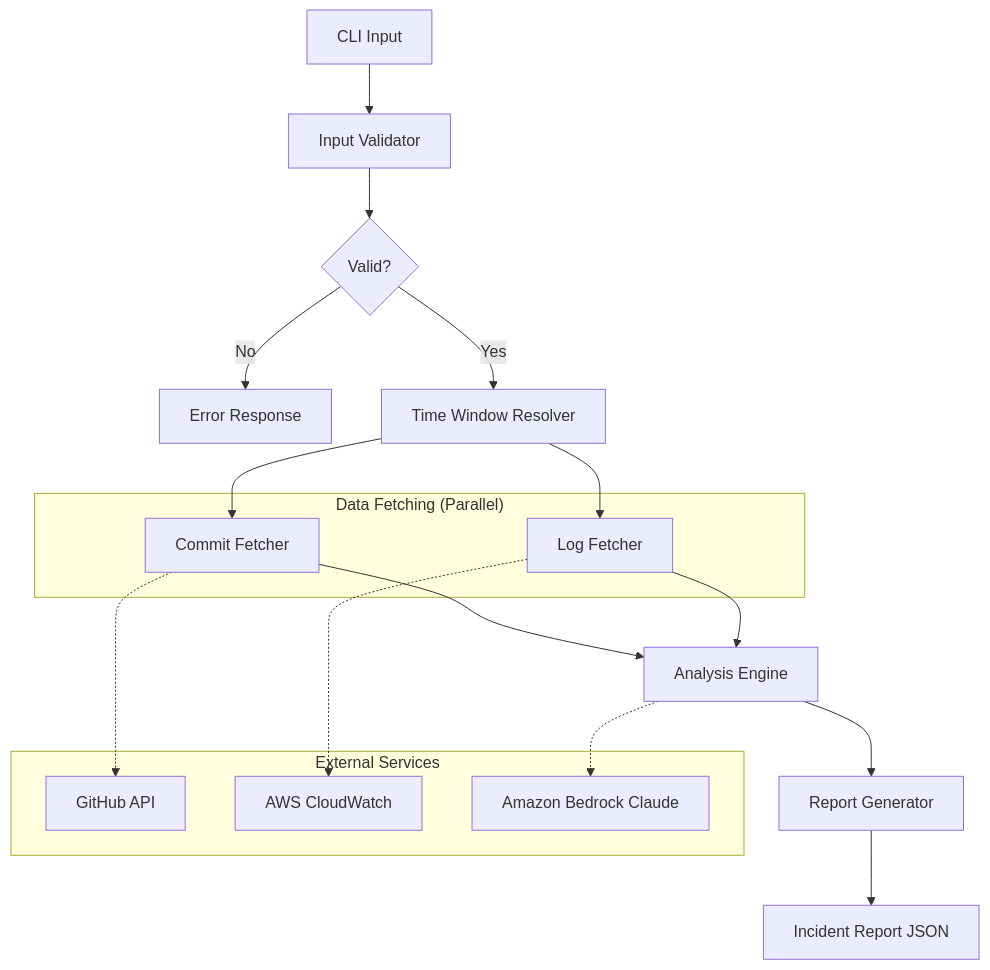
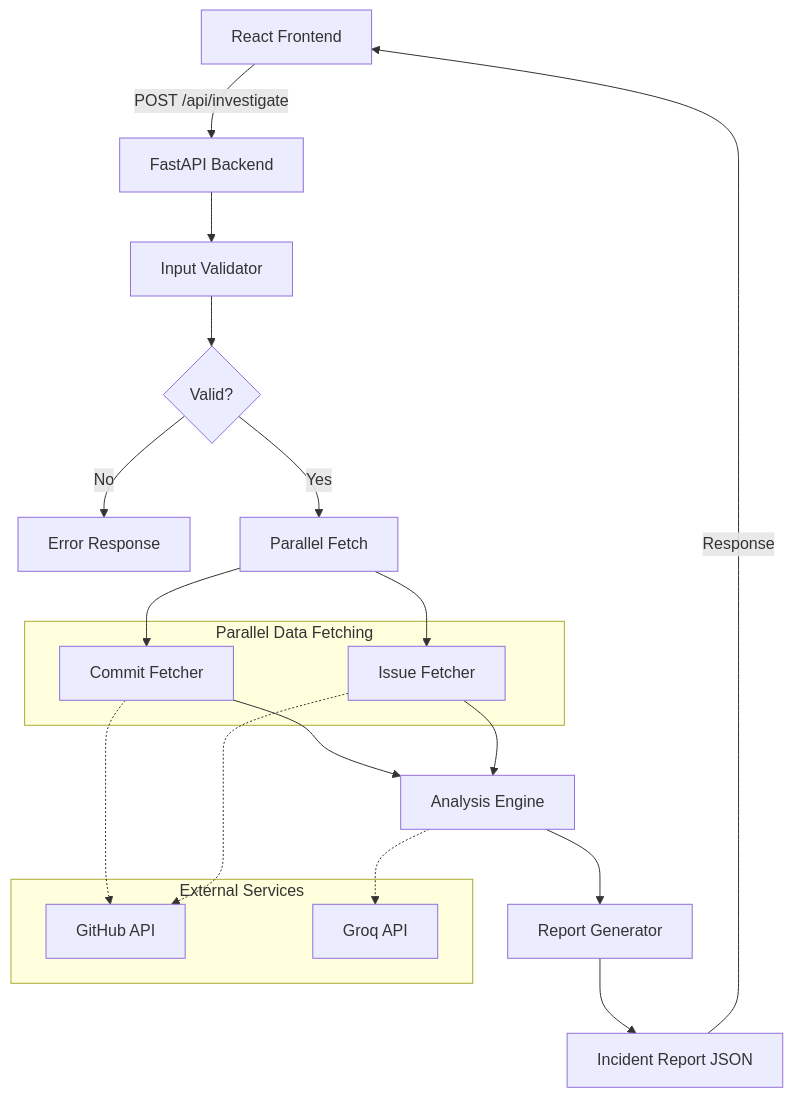
The first of 2 diagrams in .kiro/specs/incident-timeline-correlator/design.md (snnjana/tracker), drawn with Mermaid before and after one commit. The commit also changed other lines of this file and 1 other file, not shown here.

````diff
--- a/.kiro/specs/incident-timeline-correlator/design.md
+++ b/.kiro/specs/incident-timeline-correlator/design.md
@@ -18,28 +21,30 @@
 ```mermaid
 flowchart TD
-    A[CLI Input] --> B[Input Validator]
-    B --> C{Valid?}
-    C -->|No| D[Error Response]
-    C -->|Yes| E[Time Window Resolver]
-    E --> F[Commit Fetcher]
-    E --> G[Log Fetcher]
-    F --> H[Analysis Engine]
-    G --> H
-    H --> I[Report Generator]
-    I --> J[Incident Report JSON]
+    A[React Frontend] -->|POST /api/investigate| B[FastAPI Backend]
+    B --> C[Input Validator]
+    C --> D{Valid?}
+    D -->|No| E[Error Response]
+    D -->|Yes| F[Parallel Fetch]
     
-    subgraph "Data Fetching (Parallel)"
-        F
-        G
+    subgraph "Parallel Data Fetching"
+        G[Commit Fetcher]
+        H[Issue Fetcher]
     end
     
+    F --> G
+    F --> H
+    G --> I[Analysis Engine]
+    H --> I
+    I --> J[Report Generator]
+    J --> K[Incident Report JSON]
+    K -->|Response| A
+    
     subgraph "External Services"
-        K[GitHub API]
-        L[AWS CloudWatch]
-        M[Amazon Bedrock Claude]
+        L[GitHub API]
+        M[Groq API]
     end
     
-    F -.-> K
     G -.-> L
-    H -.-> M
+    H -.-> L
+    I -.-> M
 ```
````
